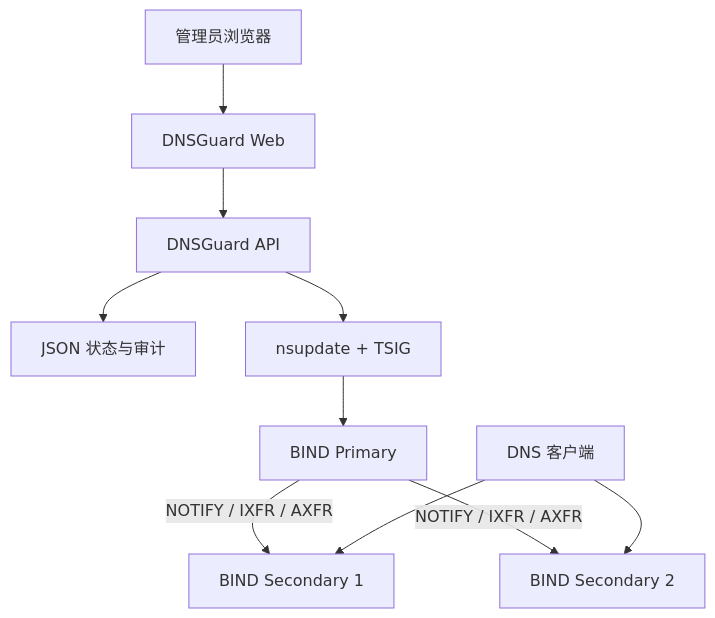
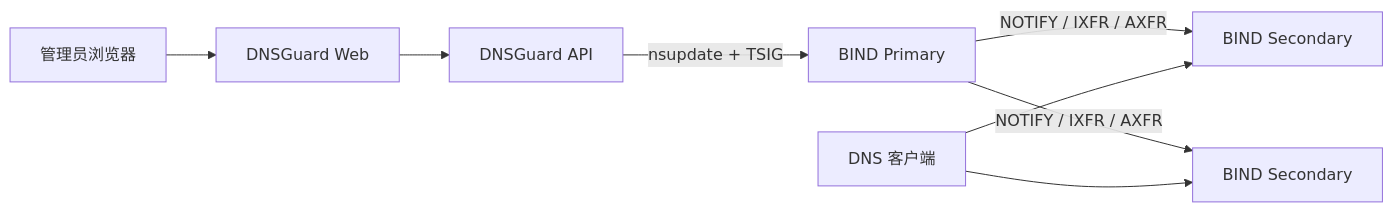
One commit to Bl4ckB1t7/dnsguard changed the diagram in README.md. Above: the diagram before and after it, drawn with Mermaid. The commit also changed other lines of this file and 3 other files, not shown here.

````diff
--- a/README.md
+++ b/README.md
@@ -35,12 +24,10 @@
 ```mermaid
-flowchart TD
-    A[管理员浏览器] --> B[DNSGuard Web]
-    B --> C[DNSGuard API]
-    C --> D[JSON 状态与审计]
-    C --> E[nsupdate + TSIG]
-    E --> F[BIND Primary]
-    F -->|NOTIFY / IXFR / AXFR| G[BIND Secondary 1]
-    F -->|NOTIFY / IXFR / AXFR| H[BIND Secondary 2]
-    I[DNS 客户端] --> G
-    I --> H
+flowchart LR
+  A[管理员浏览器] --> W[DNSGuard Web]
+  W --> API[DNSGuard API]
+  API -->|nsupdate + TSIG| P[BIND Primary]
+  P -->|NOTIFY / IXFR / AXFR| S1[BIND Secondary]
+  P -->|NOTIFY / IXFR / AXFR| S2[BIND Secondary]
+  C[DNS 客户端] --> S1
+  C --> S2
 ```
````
